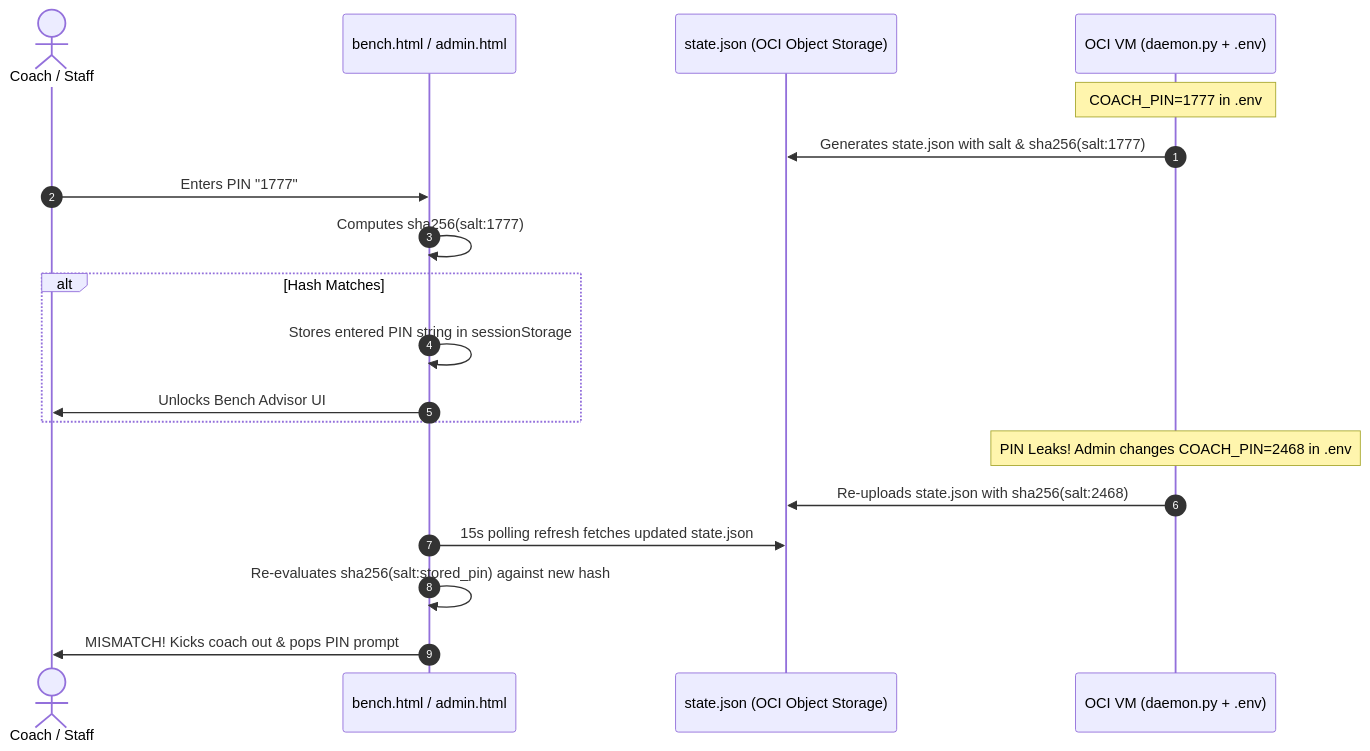
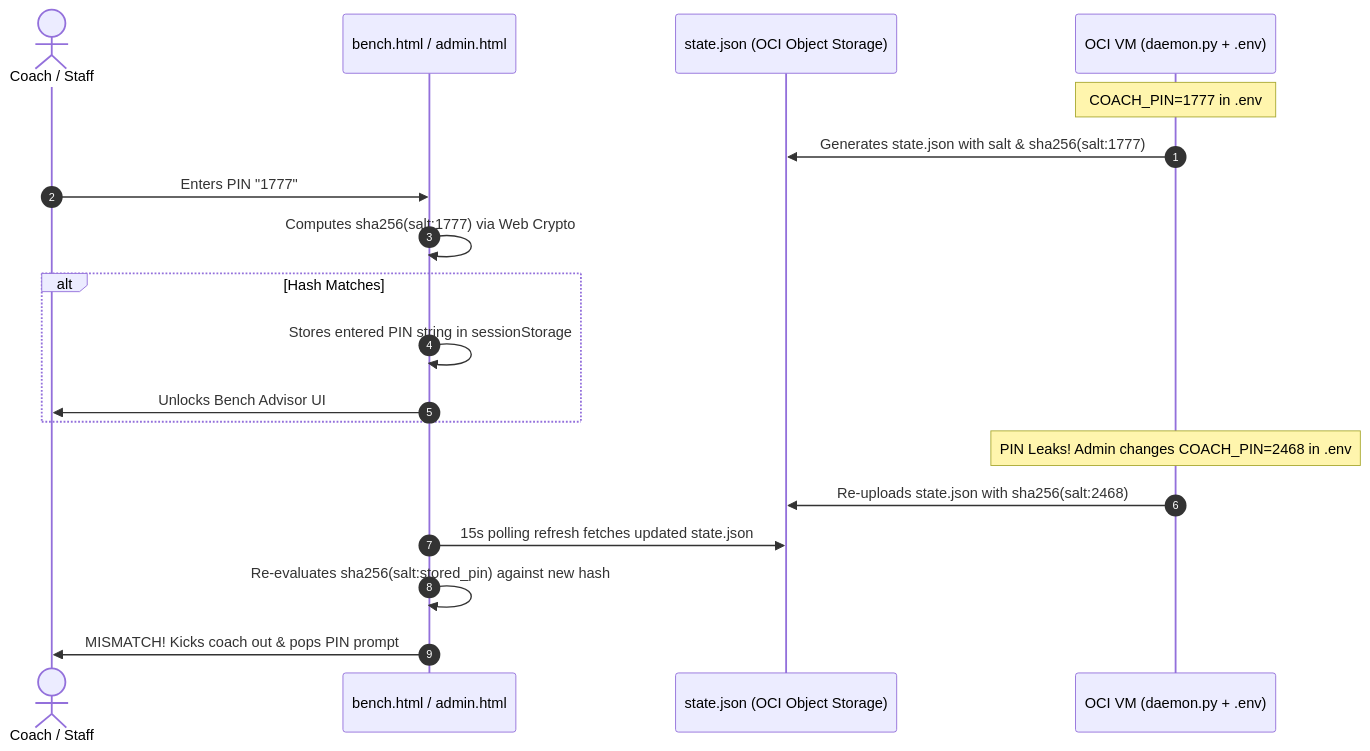
One commit to dpauls/rinkside changed the eighth of 10 diagrams in ARCHITECTURE.md. Above: the diagram before and after it, drawn with Mermaid. The commit also changed other lines of this file, not shown here.

Commit message:
docs: update ARCHITECTURE.md to v2.8.0 reflecting True VAPID Web Push, negative margin calculus, decisive tiebreakers, and direct VM simulation

````diff
--- a/ARCHITECTURE.md
+++ b/ARCHITECTURE.md
@@ -508,23 +625,23 @@
 ```mermaid
 sequenceDiagram
     autonumber
     actor Coach as Coach / Staff
     participant Browser as bench.html / admin.html
     participant State as state.json (OCI Object Storage)
     participant Daemon as OCI VM (daemon.py + .env)
 
     Note over Daemon: COACH_PIN=1777 in .env
     Daemon->>State: Generates state.json with salt & sha256(salt:1777)
     Coach->>Browser: Enters PIN "1777"
-    Browser->>Browser: Computes sha256(salt:1777)
+    Browser->>Browser: Computes sha256(salt:1777) via Web Crypto
     alt Hash Matches
         Browser->>Browser: Stores entered PIN string in sessionStorage
         Browser->>Coach: Unlocks Bench Advisor UI
     end
 
     Note over Daemon: PIN Leaks! Admin changes COACH_PIN=2468 in .env
     Daemon->>State: Re-uploads state.json with sha256(salt:2468)
     Browser->>State: 15s polling refresh fetches updated state.json
     Browser->>Browser: Re-evaluates sha256(salt:stored_pin) against new hash
     Browser->>Coach: MISMATCH! Kicks coach out & pops PIN prompt
 ```
````
